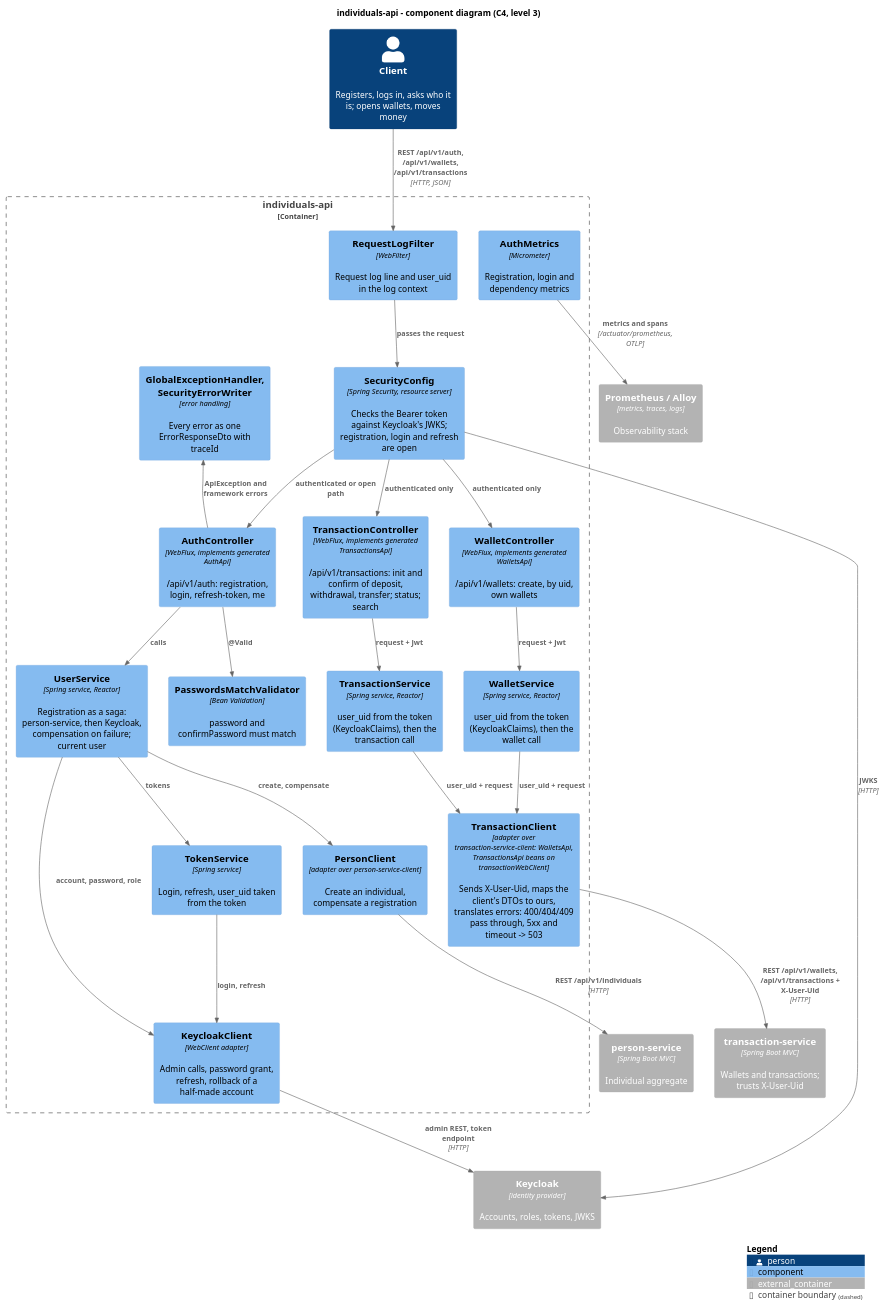
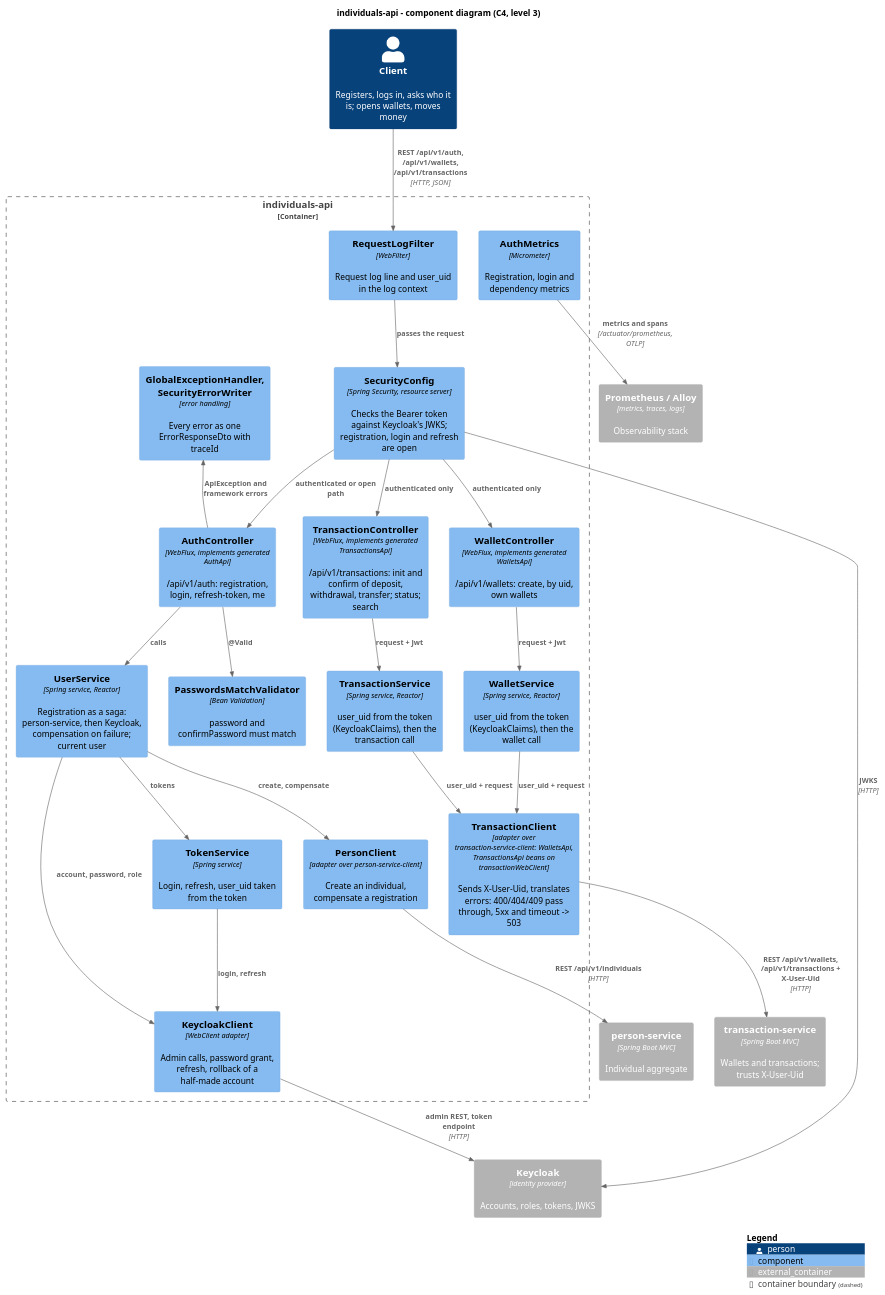
One commit to dezxxx/payment-platform changed the diagram in individuals-api/diagrams-c4/uml/en/component.puml. Above: the diagram before and after it, drawn with PlantUML. The commit also changed 35 other files, not shown here.

Commit message:
feat: add wallets and transactions to individuals-api

```diff
--- a/individuals-api/diagrams-c4/uml/en/component.puml
+++ b/individuals-api/diagrams-c4/uml/en/component.puml
@@ -1,53 +1,53 @@
 @startuml component
 !include <C4/C4_Component>
 
 title individuals-api - component diagram (C4, level 3)
 
 Person(client, "Client", "Registers, logs in, asks who it is; opens wallets, moves money")
 Container_Ext(keycloak, "Keycloak", "identity provider", "Accounts, roles, tokens, JWKS")
 Container_Ext(personService, "person-service", "Spring Boot MVC", "Individual aggregate")
 Container_Ext(transactionService, "transaction-service", "Spring Boot MVC", "Wallets and transactions; trusts X-User-Uid")
 Container_Ext(observability, "Prometheus / Alloy", "metrics, traces, logs", "Observability stack")
 
 Container_Boundary(app, "individuals-api") {
     Component(filter, "RequestLogFilter", "WebFilter", "Request log line and user_uid in the log context")
     Component(security, "SecurityConfig", "Spring Security, resource server", "Checks the Bearer token against Keycloak's JWKS; registration, login and refresh are open")
     Component(controller, "AuthController", "WebFlux, implements generated AuthApi", "/api/v1/auth: registration, login, refresh-token, me")
     Component(walletController, "WalletController", "WebFlux, implements generated WalletsApi", "/api/v1/wallets: create, by uid, own wallets")
     Component(transactionController, "TransactionController", "WebFlux, implements generated TransactionsApi", "/api/v1/transactions: init and confirm of deposit, withdrawal, transfer; status; search")
     Component(validation, "PasswordsMatchValidator", "Bean Validation", "password and confirmPassword must match")
     Component(userService, "UserService", "Spring service, Reactor", "Registration as a saga: person-service, then Keycloak, compensation on failure; current user")
     Component(tokenService, "TokenService", "Spring service", "Login, refresh, user_uid taken from the token")
     Component(walletService, "WalletService", "Spring service, Reactor", "user_uid from the token (KeycloakClaims), then the wallet call")
     Component(transactionService2, "TransactionService", "Spring service, Reactor", "user_uid from the token (KeycloakClaims), then the transaction call")
     Component(personClient, "PersonClient", "adapter over person-service-client", "Create an individual, compensate a registration")
-    Component(transactionClient, "TransactionClient", "adapter over transaction-service-client: WalletsApi, TransactionsApi beans on transactionWebClient", "Sends X-User-Uid, maps the client's DTOs to ours, translates errors: 400/404/409 pass through, 5xx and timeout -> 503")
+    Component(transactionClient, "TransactionClient", "adapter over transaction-service-client: WalletsApi, TransactionsApi beans on transactionWebClient", "Sends X-User-Uid, translates errors: 400/404/409 pass through, 5xx and timeout -> 503")
     Component(keycloakClient, "KeycloakClient", "WebClient adapter", "Admin calls, password grant, refresh, rollback of a half-made account")
     Component(errors, "GlobalExceptionHandler, SecurityErrorWriter", "error handling", "Every error as one ErrorResponseDto with traceId")
     Component(metrics, "AuthMetrics", "Micrometer", "Registration, login and dependency metrics")
 }
 
 Rel(client, filter, "REST /api/v1/auth, /api/v1/wallets, /api/v1/transactions", "HTTP, JSON")
 Rel(filter, security, "passes the request")
 Rel(security, controller, "authenticated or open path")
 Rel(security, walletController, "authenticated only")
 Rel(security, transactionController, "authenticated only")
 Rel(controller, validation, "@Valid")
 Rel(controller, userService, "calls")
 Rel(walletController, walletService, "request + Jwt")
 Rel(transactionController, transactionService2, "request + Jwt")
 Rel(userService, personClient, "create, compensate")
 Rel(userService, keycloakClient, "account, password, role")
 Rel(userService, tokenService, "tokens")
 Rel(tokenService, keycloakClient, "login, refresh")
 Rel(walletService, transactionClient, "user_uid + request")
 Rel(transactionService2, transactionClient, "user_uid + request")
 Rel(personClient, personService, "REST /api/v1/individuals", "HTTP")
 Rel(transactionClient, transactionService, "REST /api/v1/wallets, /api/v1/transactions + X-User-Uid", "HTTP")
 Rel(keycloakClient, keycloak, "admin REST, token endpoint", "HTTP")
 Rel(security, keycloak, "JWKS", "HTTP")
 Rel_Back(errors, controller, "ApiException and framework errors")
 Rel(metrics, observability, "metrics and spans", "/actuator/prometheus, OTLP")
 
 SHOW_LEGEND()
 @enduml
```
